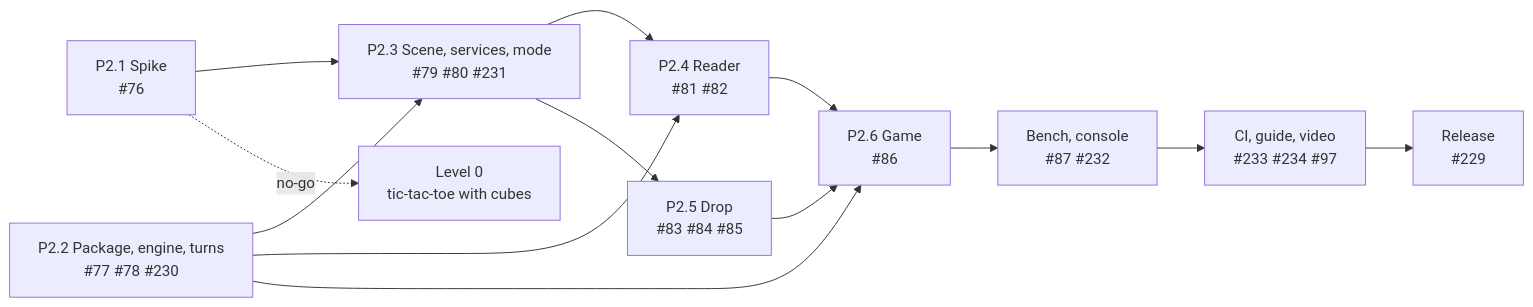
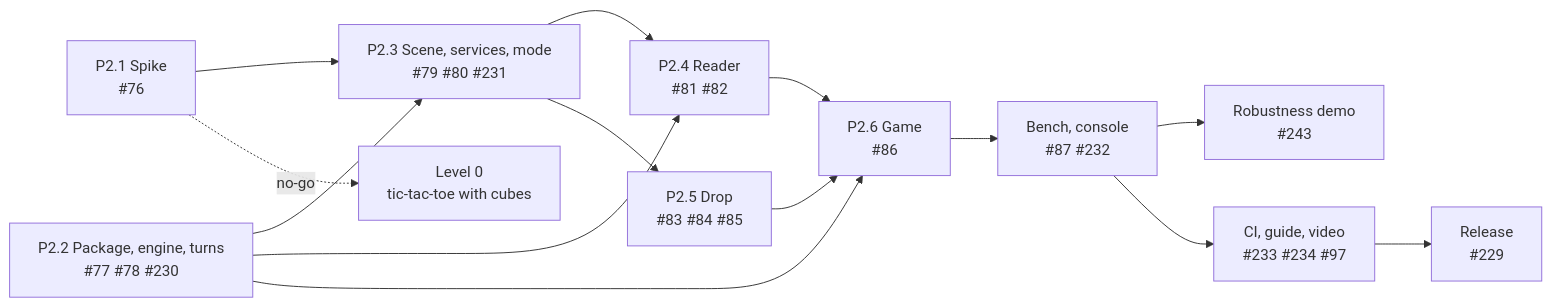
Before and after one commit to FoxaxeWasTaken/Robotics: the diagram in docs/project/phase2/P2-04_roadmap.md, drawn with Mermaid. The commit also changed other lines of this file and 28 other files, not shown here.

````diff
--- a/docs/project/phase2/P2-04_roadmap.md
+++ b/docs/project/phase2/P2-04_roadmap.md
@@ -26,15 +26,16 @@
 ```mermaid
 flowchart LR
   S1["P2.1 Spike<br/>#76"] --> S3["P2.3 Scene, services, mode<br/>#79 #80 #231"]
   S2["P2.2 Package, engine, turns<br/>#77 #78 #230"] --> S3
   S3 --> S4["P2.4 Reader<br/>#81 #82"]
   S2 --> S4
   S3 --> S5["P2.5 Drop<br/>#83 #84 #85"]
   S2 --> S6["P2.6 Game<br/>#86"]
   S4 --> S6
   S5 --> S6
   S6 --> B["Bench, console<br/>#87 #232"]
+  B --> D["Robustness demo<br/>#243"]
   B --> C["CI, guide, video<br/>#233 #234 #97"]
   C --> R["Release<br/>#229"]
   S1 -. "no-go" .-> F["Level 0<br/>tic-tac-toe with cubes"]
 ```
````
